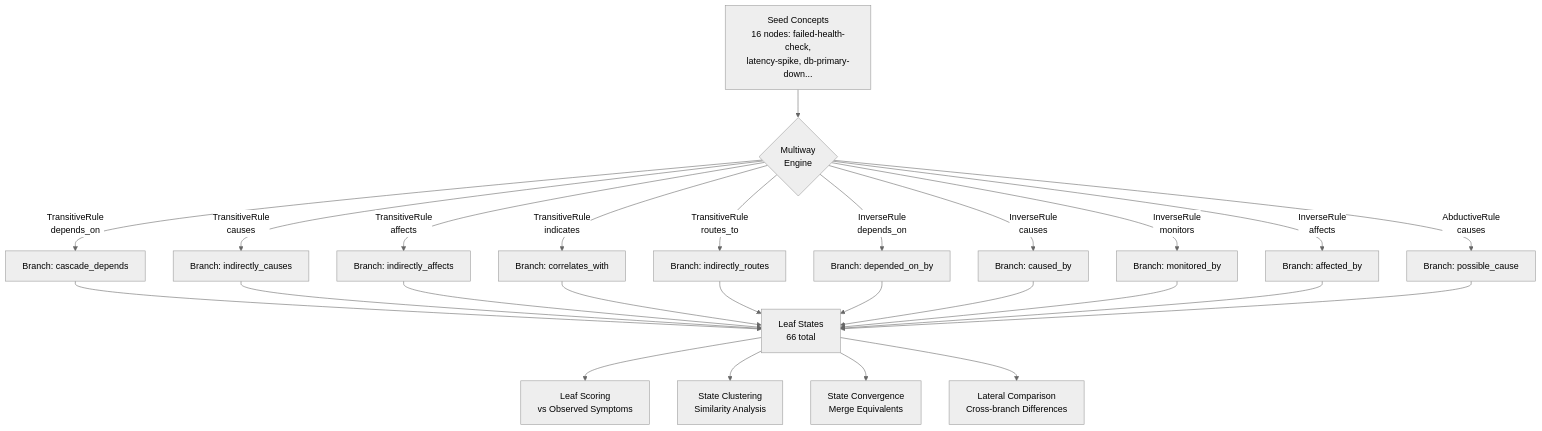
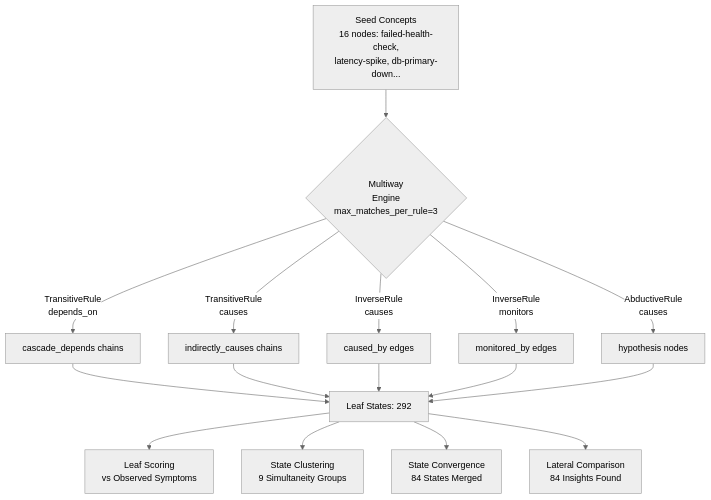
Before and after one commit to antquinonez/Hyper3: the second of 2 diagrams in examples/showcase/reasoning/multiway_reasoning/README.md, drawn with Mermaid (neutral theme). The commit also changed other lines of this file and 1 other file, not shown here.

First line of the commit message:
Update multiway reasoning showcase for max_matches_per_rule and expanded budget

````diff
--- a/examples/showcase/reasoning/multiway_reasoning/README.md
+++ b/examples/showcase/reasoning/multiway_reasoning/README.md
@@ -162,33 +168,23 @@
 ```mermaid
 graph TD
     SEED["Seed Concepts<br/>16 nodes: failed-health-check,<br/>latency-spike, db-primary-down..."]
 
-    SEED --> MW{"Multiway<br/>Engine"}
+    SEED --> MW{"Multiway<br/>Engine<br/>max_matches_per_rule=3"}
 
-    MW -->|"TransitiveRule<br/>depends_on"| B1["Branch: cascade_depends"]
-    MW -->|"TransitiveRule<br/>causes"| B2["Branch: indirectly_causes"]
-    MW -->|"TransitiveRule<br/>affects"| B3["Branch: indirectly_affects"]
-    MW -->|"TransitiveRule<br/>indicates"| B4["Branch: correlates_with"]
-    MW -->|"TransitiveRule<br/>routes_to"| B5["Branch: indirectly_routes"]
-    MW -->|"InverseRule<br/>depends_on"| B6["Branch: depended_on_by"]
-    MW -->|"InverseRule<br/>causes"| B7["Branch: caused_by"]
-    MW -->|"InverseRule<br/>monitors"| B8["Branch: monitored_by"]
-    MW -->|"InverseRule<br/>affects"| B9["Branch: affected_by"]
-    MW -->|"AbductiveRule<br/>causes"| B10["Branch: possible_cause"]
+    MW -->|"TransitiveRule<br/>depends_on"| B1["cascade_depends chains"]
+    MW -->|"TransitiveRule<br/>causes"| B2["indirectly_causes chains"]
+    MW -->|"InverseRule<br/>causes"| B6["caused_by edges"]
+    MW -->|"InverseRule<br/>monitors"| B8["monitored_by edges"]
+    MW -->|"AbductiveRule<br/>causes"| B10["hypothesis nodes"]
 
-    B1 --> LEAF1["Leaf States<br/>66 total"]
-    B2 --> LEAF1
-    B3 --> LEAF1
-    B4 --> LEAF1
-    B5 --> LEAF1
-    B6 --> LEAF1
-    B7 --> LEAF1
-    B8 --> LEAF1
-    B9 --> LEAF1
-    B10 --> LEAF1
+    B1 --> LEAF["Leaf States: 292"]
+    B2 --> LEAF
+    B6 --> LEAF
+    B8 --> LEAF
+    B10 --> LEAF
 
-    LEAF1 --> SCORE["Leaf Scoring<br/>vs Observed Symptoms"]
-    LEAF1 --> CLUSTER["State Clustering<br/>Similarity Analysis"]
-    LEAF1 --> CONVERGE["State Convergence<br/>Merge Equivalents"]
-    LEAF1 --> LATERAL["Lateral Comparison<br/>Cross-branch Differences"]
+    LEAF --> SCORE["Leaf Scoring<br/>vs Observed Symptoms"]
+    LEAF --> CLUSTER["State Clustering<br/>9 Simultaneity Groups"]
+    LEAF --> CONVERGE["State Convergence<br/>84 States Merged"]
+    LEAF --> LATERAL["Lateral Comparison<br/>84 Insights Found"]
 ```
````
